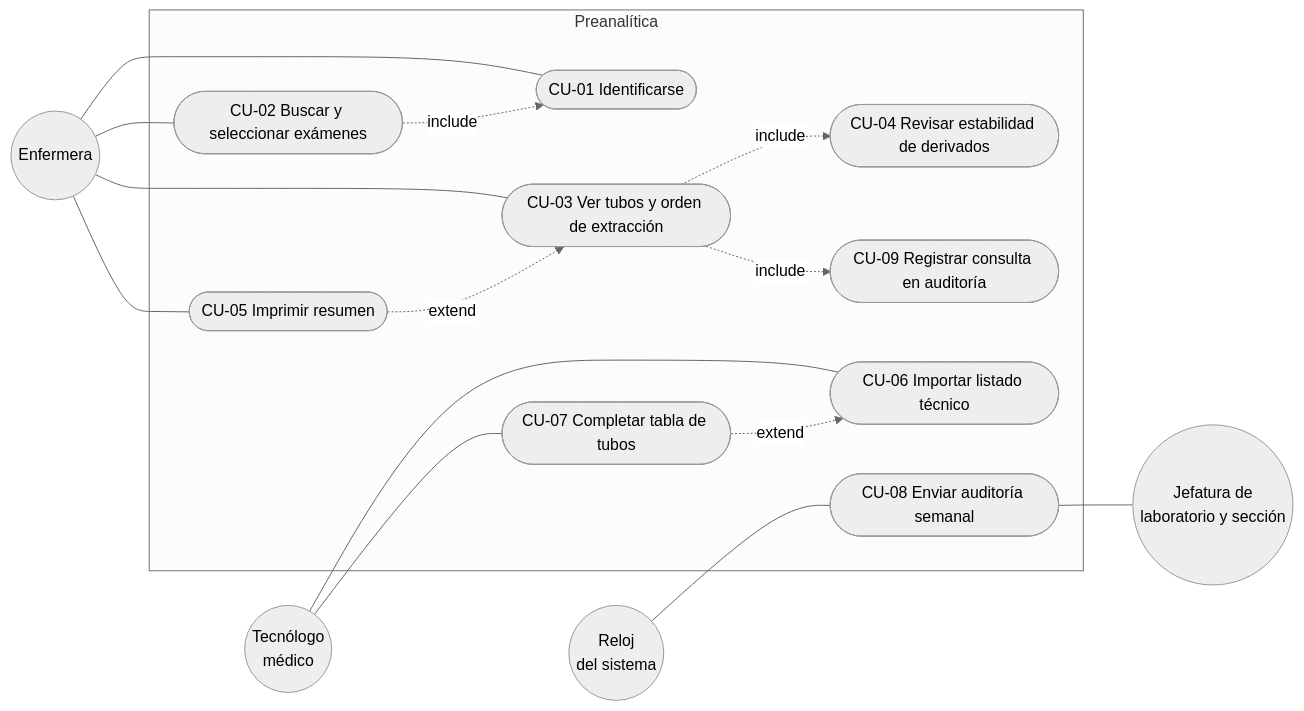
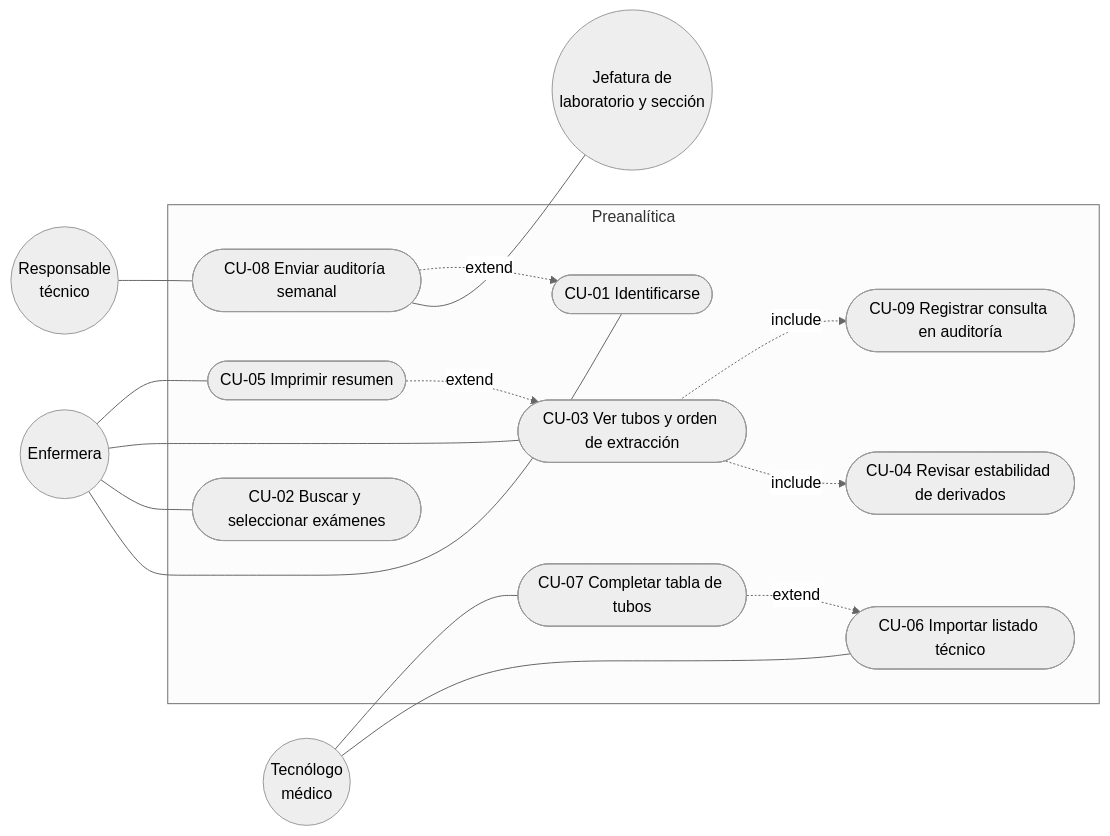
Before and after one commit to cpuniversity/preanalitica: the diagram in docs/uml/casos_de_uso.md, drawn with Mermaid (neutral theme). The commit also changed other lines of this file and 5 other files, not shown here.

````diff
--- a/docs/uml/casos_de_uso.md
+++ b/docs/uml/casos_de_uso.md
@@ -9,34 +9,34 @@
 ```mermaid
 flowchart LR
     enfermera((Enfermera))
     tecnologo((Tecnólogo<br>médico))
     jefatura((Jefatura de<br>laboratorio y sección))
-    reloj((Reloj<br>del sistema))
+    tecnico((Responsable<br>técnico))
 
     subgraph sistema [Preanalítica]
         CU01([CU-01 Identificarse])
         CU02([CU-02 Buscar y seleccionar exámenes])
         CU03([CU-03 Ver tubos y orden de extracción])
         CU04([CU-04 Revisar estabilidad de derivados])
         CU05([CU-05 Imprimir resumen])
         CU06([CU-06 Importar listado técnico])
         CU07([CU-07 Completar tabla de tubos])
         CU08([CU-08 Enviar auditoría semanal])
         CU09([CU-09 Registrar consulta en auditoría])
     end
 
     enfermera --- CU01
     enfermera --- CU02
     enfermera --- CU03
     enfermera --- CU05
     tecnologo --- CU06
     tecnologo --- CU07
-    reloj --- CU08
+    tecnico --- CU08
     CU08 --- jefatura
 
     CU03 -.->|include| CU04
     CU03 -.->|include| CU09
-    CU02 -.->|include| CU01
+    CU08 -.->|extend| CU01
     CU05 -.->|extend| CU03
     CU07 -.->|extend| CU06
 ```
````
